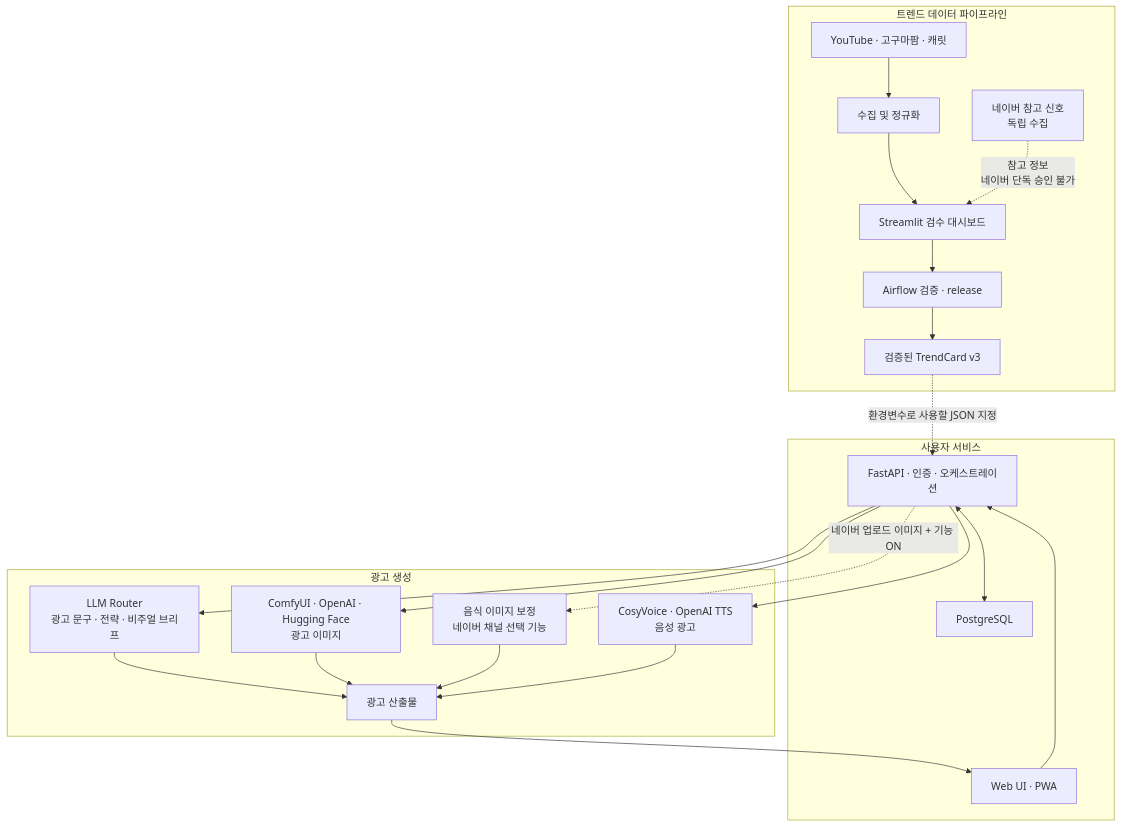
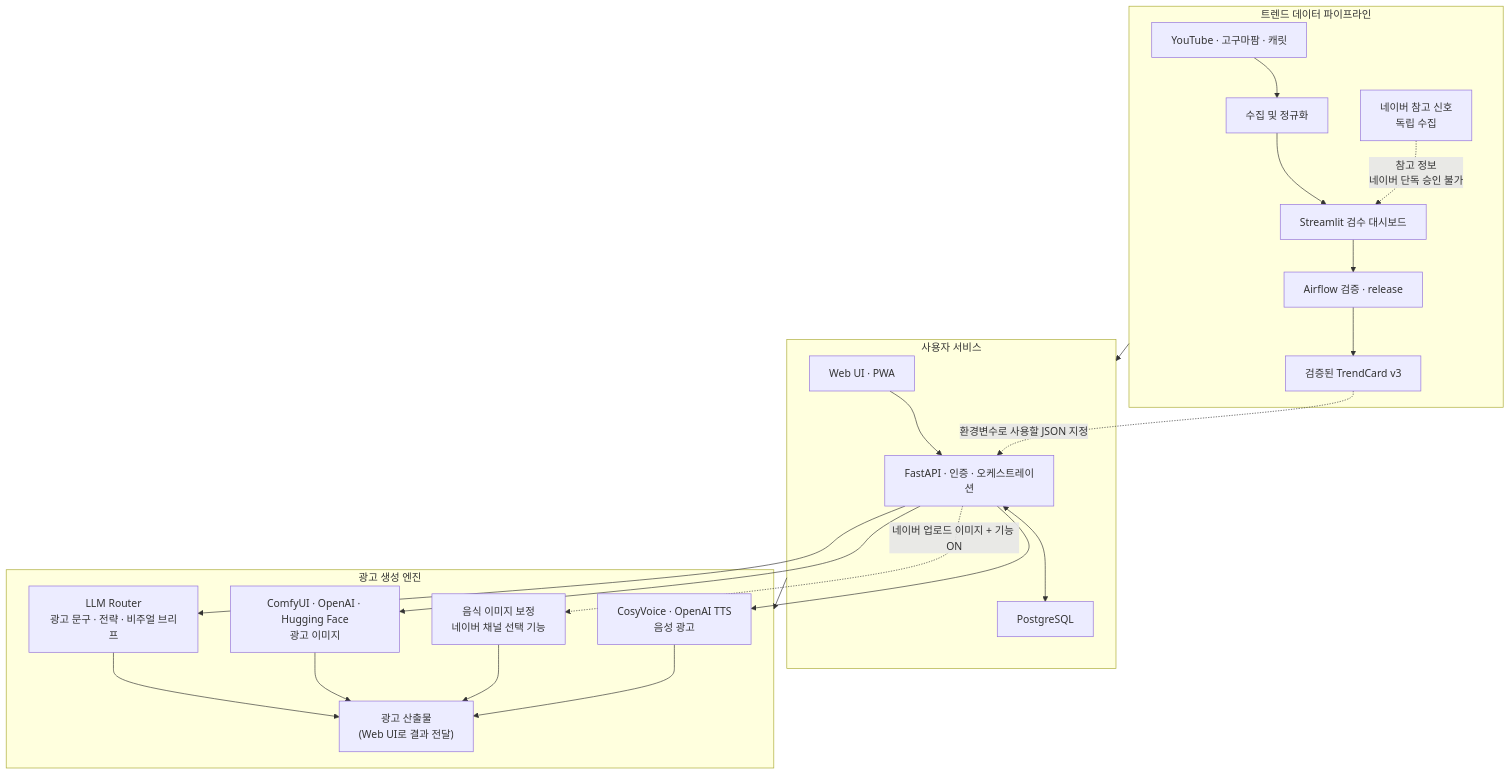
Before and after one commit to imella0706/final_1_team: the first of 3 diagrams in README.md, drawn with Mermaid. The commit also changed other lines of this file, not shown here.

Commit message:
docs(readme): README 구조도 수직 수정 및 cctv와 food data설명 순서 변경

````diff
--- a/README.md
+++ b/README.md
@@ -62,40 +62,42 @@
 ```mermaid
 flowchart TD
     subgraph DATA["트렌드 데이터 파이프라인"]
         SOURCES["YouTube · 고구마팜 · 캐릿"]
         NAVER["네이버 참고 신호<br/>독립 수집"]
         COLLECT["수집 및 정규화"]
         REVIEW["Streamlit 검수 대시보드"]
         AIRFLOW["Airflow 검증 · release"]
         TRENDS["검증된 TrendCard v3"]
         SOURCES --> COLLECT --> REVIEW --> AIRFLOW --> TRENDS
         NAVER -. "참고 정보<br/>네이버 단독 승인 불가" .-> REVIEW
     end
 
     subgraph APP["사용자 서비스"]
         WEB["Web UI · PWA"]
         API["FastAPI · 인증 · 오케스트레이션"]
         DB["PostgreSQL"]
         WEB --> API
         API <--> DB
     end
 
-    subgraph GENERATION["광고 생성 "]
+    subgraph GENERATION["광고 생성 엔진"]
         LLM["LLM Router<br/>광고 문구 · 전략 · 비주얼 브리프"]
         IMAGE["ComfyUI · OpenAI · Hugging Face<br/>광고 이미지"]
         CLEANUP["음식 이미지 보정<br/>네이버 채널 선택 기능"]
         VOICE["CosyVoice · OpenAI TTS<br/>음성 광고"]
-        ARTIFACT["광고 산출물"]
+        ARTIFACT["광고 산출물<br/>(Web UI로 결과 전달)"]
     end
+
+    DATA --> APP
+    APP --> GENERATION
 
     TRENDS -. "환경변수로 사용할 JSON 지정" .-> API
     API --> LLM
     API --> IMAGE
     API -. "네이버 업로드 이미지 + 기능 ON" .-> CLEANUP
     API --> VOICE
     LLM --> ARTIFACT
     IMAGE --> ARTIFACT
     CLEANUP --> ARTIFACT
     VOICE --> ARTIFACT
-    ARTIFACT --> WEB
 ```
````
